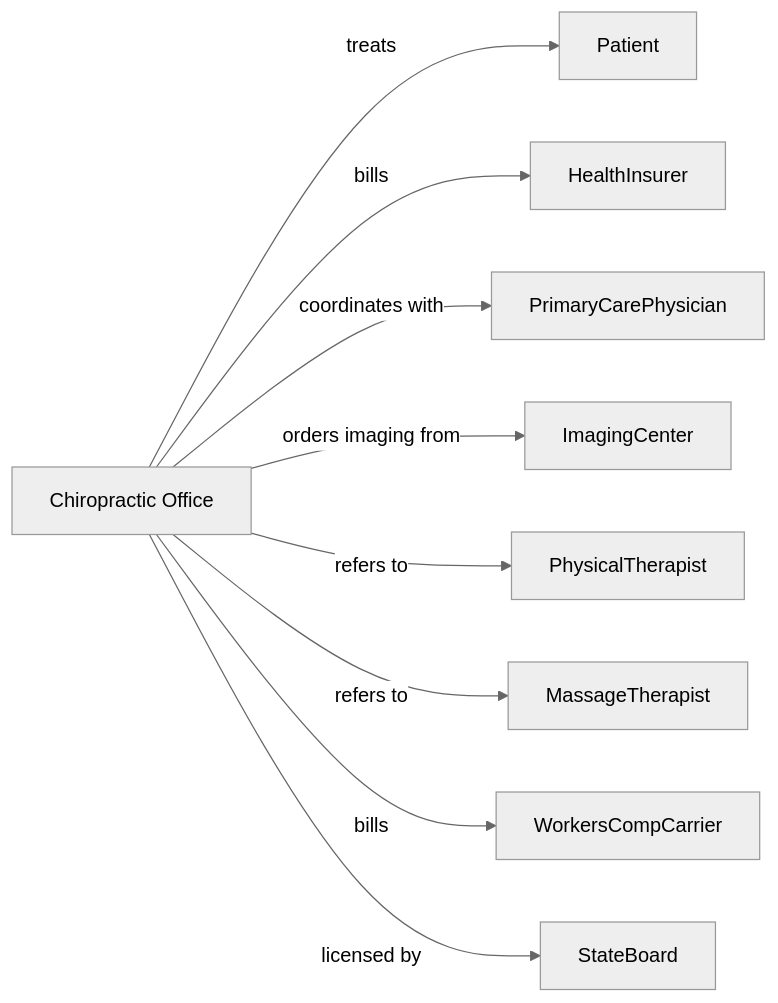
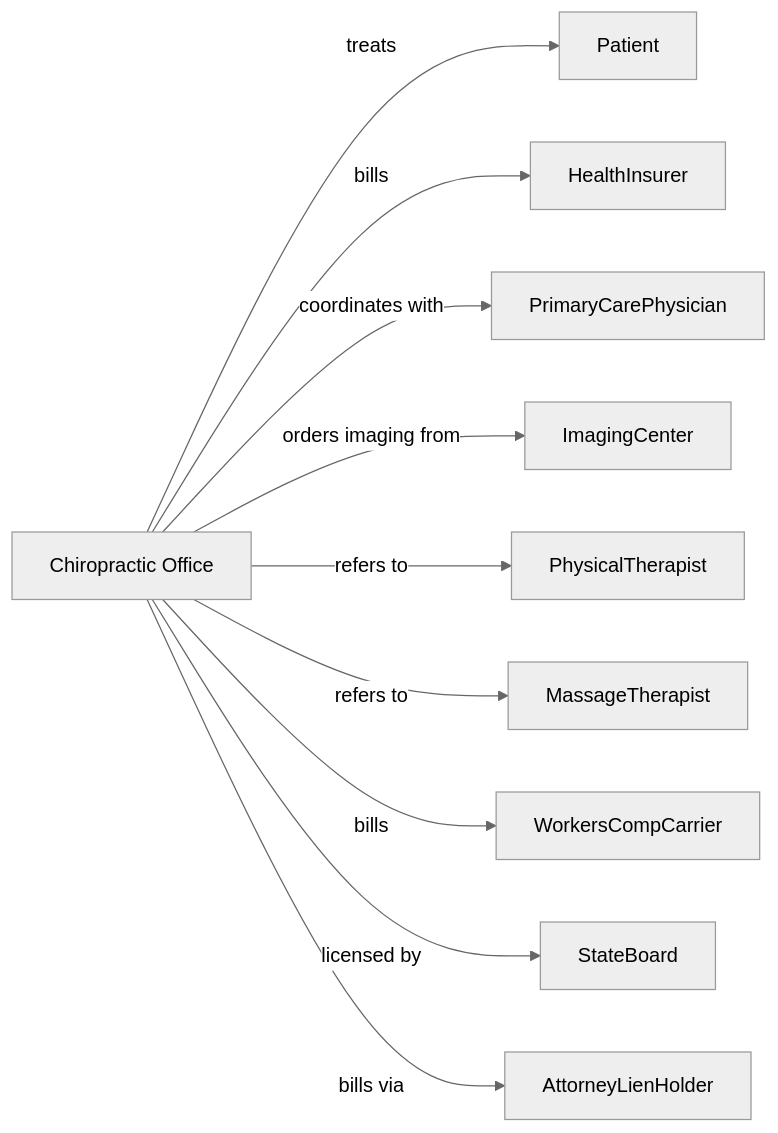
One commit to dot-org-ai/industries.org.ai changed the second of 2 diagrams in HealthCare/AmbulatoryHealthCareServices/OfficesOfOtherHealthPractitioners/OfficesOfChiropractors.mdx. Above: the diagram before and after it, drawn with Mermaid (neutral theme). The commit also changed 588 other files, not shown here.

````diff
--- a/HealthCare/AmbulatoryHealthCareServices/OfficesOfOtherHealthPractitioners/OfficesOfChiropractors.mdx
+++ b/HealthCare/AmbulatoryHealthCareServices/OfficesOfOtherHealthPractitioners/OfficesOfChiropractors.mdx
@@ -140,13 +140,14 @@
 ```mermaid
 graph LR
     C[Chiropractic Office]
 
     C -->|treats| Patient
     C -->|bills| HealthInsurer
     C -->|coordinates with| PrimaryCarePhysician
     C -->|orders imaging from| ImagingCenter
     C -->|refers to| PhysicalTherapist
     C -->|refers to| MassageTherapist
     C -->|bills| WorkersCompCarrier
     C -->|licensed by| StateBoard
+    C -->|bills via| AttorneyLienHolder
 ```
````
